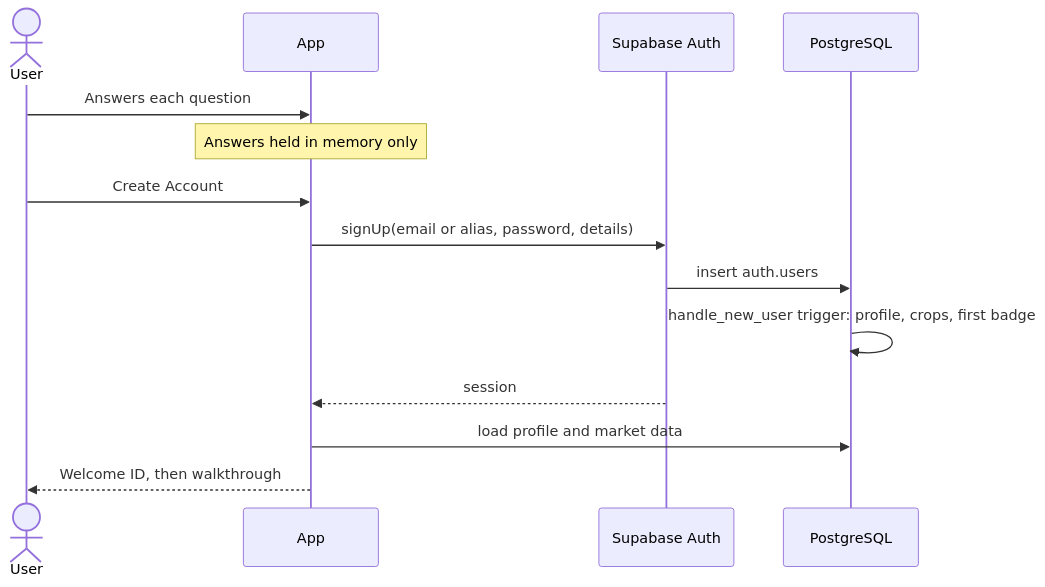
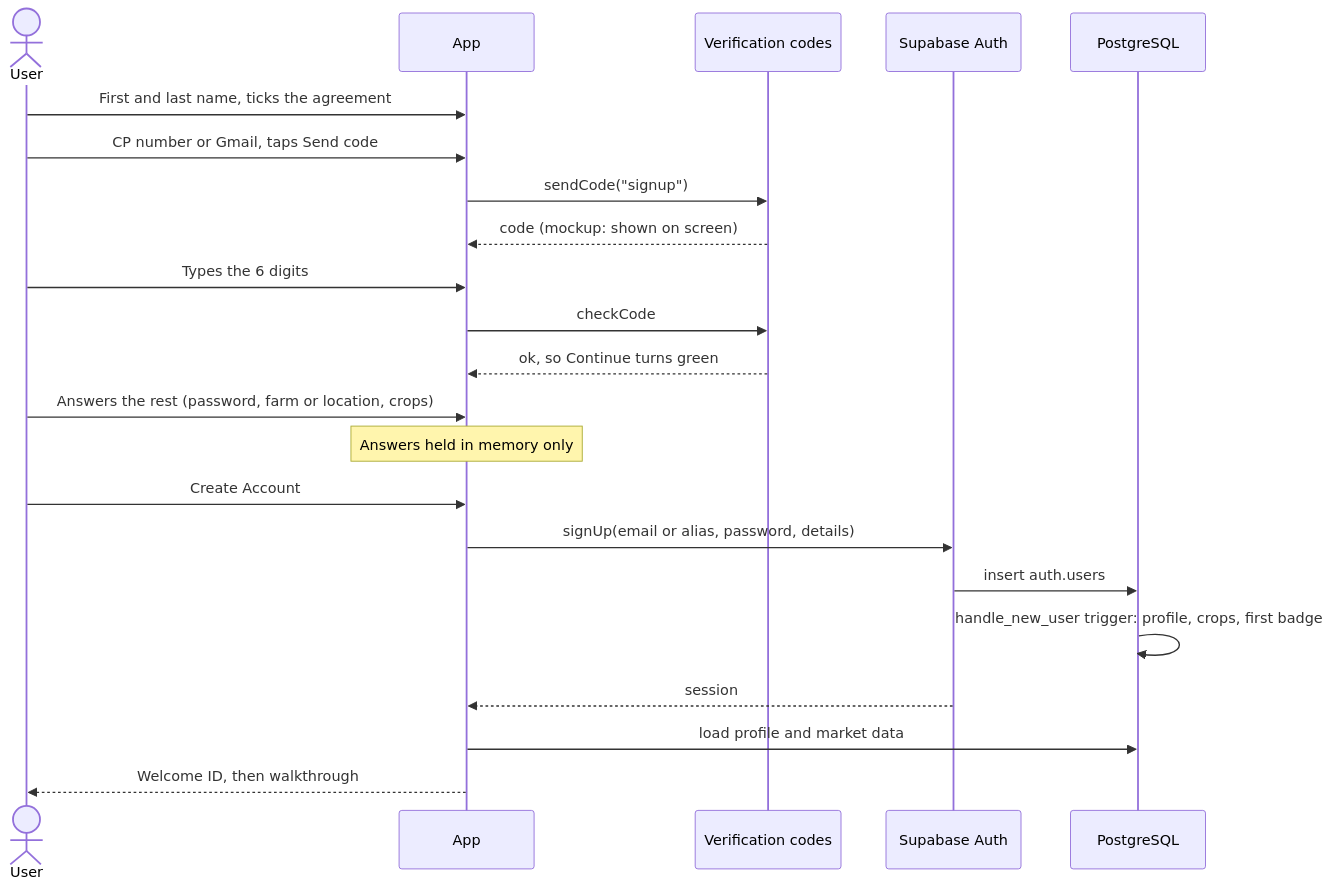
One commit to yslruzly/AniSense changed the fourth of 10 diagrams in docs/architecture.md. Above: the diagram before and after it, drawn with Mermaid. The commit also changed other lines of this file, not shown here.

````diff
--- a/docs/architecture.md
+++ b/docs/architecture.md
@@ -231,17 +267,25 @@
 ```mermaid
 sequenceDiagram
   actor U as User
   participant A as App
+  participant V as Verification codes
   participant Auth as Supabase Auth
   participant DB as PostgreSQL
 
-  U->>A: Answers each question
+  U->>A: First and last name, ticks the agreement
+  U->>A: CP number or Gmail, taps Send code
+  A->>V: sendCode("signup")
+  V-->>A: code (mockup: shown on screen)
+  U->>A: Types the 6 digits
+  A->>V: checkCode
+  V-->>A: ok, so Continue turns green
+  U->>A: Answers the rest (password, farm or location, crops)
   Note over A: Answers held in memory only
   U->>A: Create Account
   A->>Auth: signUp(email or alias, password, details)
   Auth->>DB: insert auth.users
   DB->>DB: handle_new_user trigger: profile, crops, first badge
   Auth-->>A: session
   A->>DB: load profile and market data
   A-->>U: Welcome ID, then walkthrough
 ```
````
